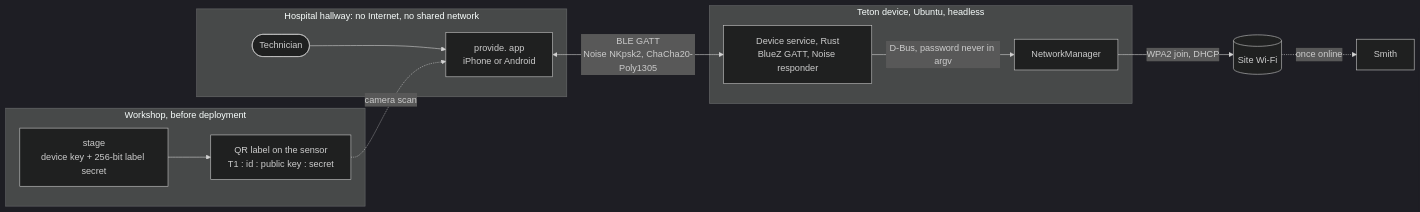
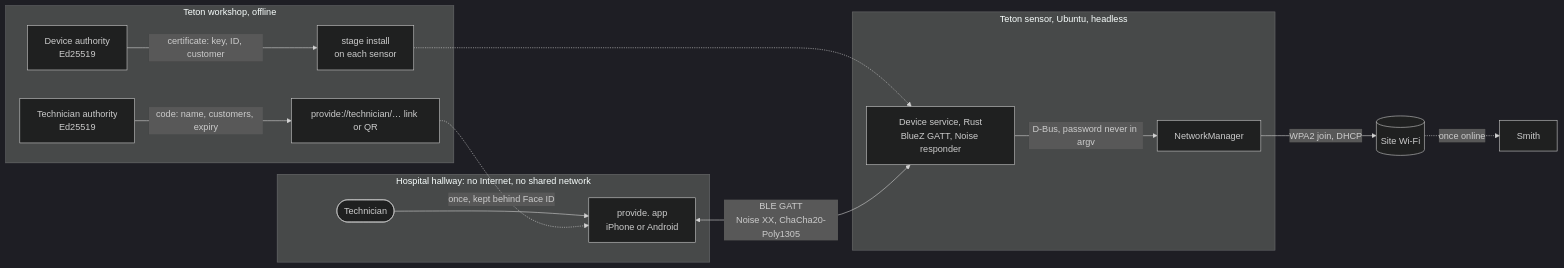
The first of 5 diagrams in docs/ARCHITECTURE.md (NoeBrt/Teton-Provide), drawn with Mermaid (dark theme) before and after one commit. The commit also changed other lines of this file and 19 other files, not shown here.

First line of the commit message:
docs: certified sensors, technician codes and the 200-sensor batch

````diff
--- a/docs/ARCHITECTURE.md
+++ b/docs/ARCHITECTURE.md
@@ -20,16 +22,18 @@
 ```mermaid
 flowchart LR
-    subgraph workshop["Workshop, before deployment"]
-        stage["stage<br/>device key + 256-bit label secret"] --> label["QR label on the sensor<br/>T1 : id : public key : secret"]
+    subgraph teton["Teton workshop, offline"]
+        da["Device authority<br/>Ed25519"] -->|"certificate: key, ID, customer"| stage["stage install<br/>on each sensor"]
+        ta["Technician authority<br/>Ed25519"] -->|"code: name, customers, expiry"| link["provide://technician/… link or QR"]
     end
-    subgraph device["Teton device, Ubuntu, headless"]
+    subgraph device["Teton sensor, Ubuntu, headless"]
         svc["Device service, Rust<br/>BlueZ GATT, Noise responder"] -->|"D-Bus, password never in argv"| nm["NetworkManager"]
     end
     subgraph hallway["Hospital hallway: no Internet, no shared network"]
         tech(["Technician"]) --> app["provide. app<br/>iPhone or Android"]
     end
-    label -.->|"camera scan"| app
-    app <-->|"BLE GATT<br/>Noise NKpsk2, ChaCha20-Poly1305"| svc
+    stage -.-> svc
+    link -.->|"once, kept behind Face ID"| app
+    app <-->|"BLE GATT<br/>Noise XX, ChaCha20-Poly1305"| svc
     nm -->|"WPA2 join, DHCP"| ap[("Site Wi-Fi")]
     ap -.->|"once online"| smith["Smith"]
 ```
````
